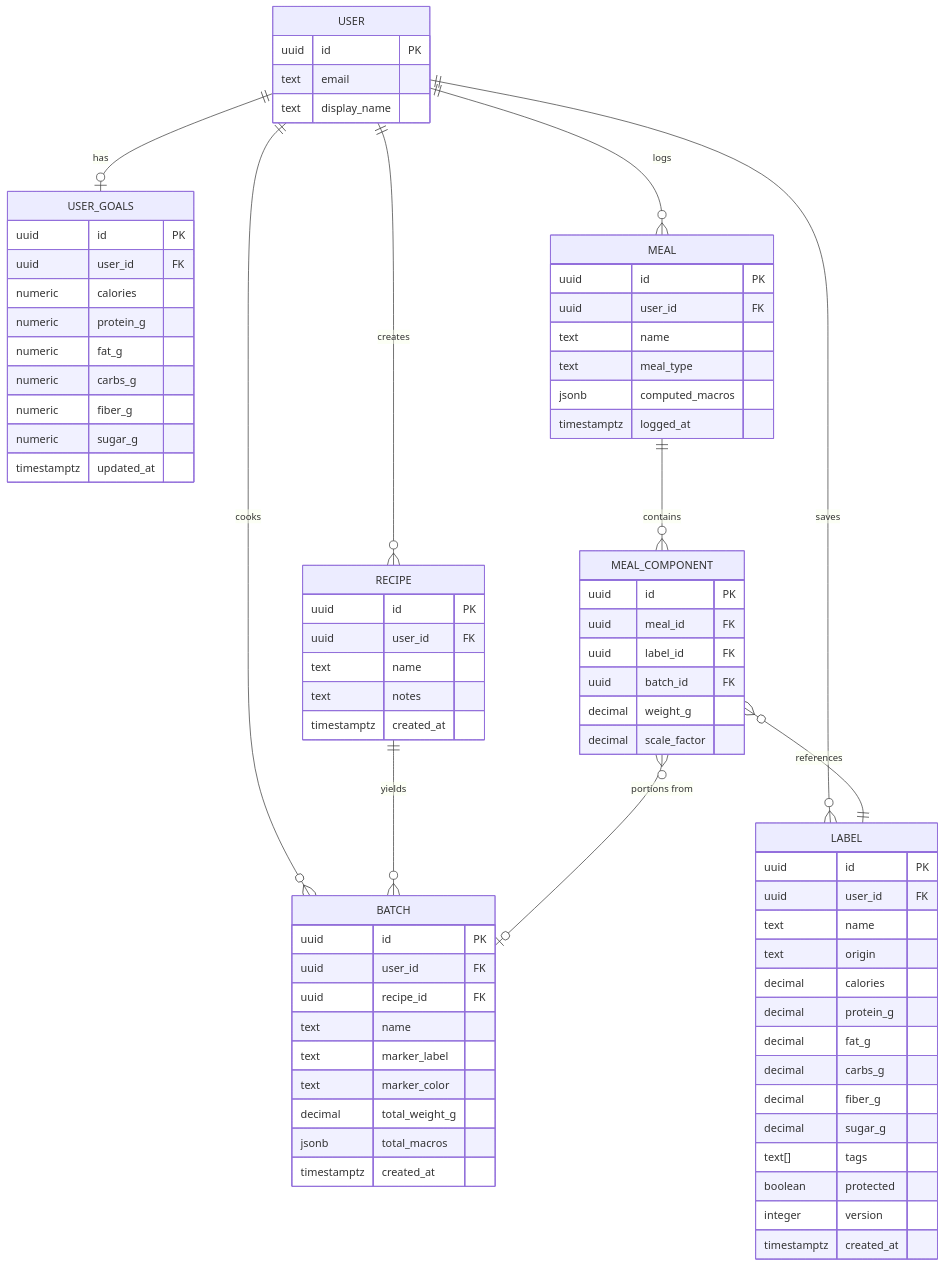
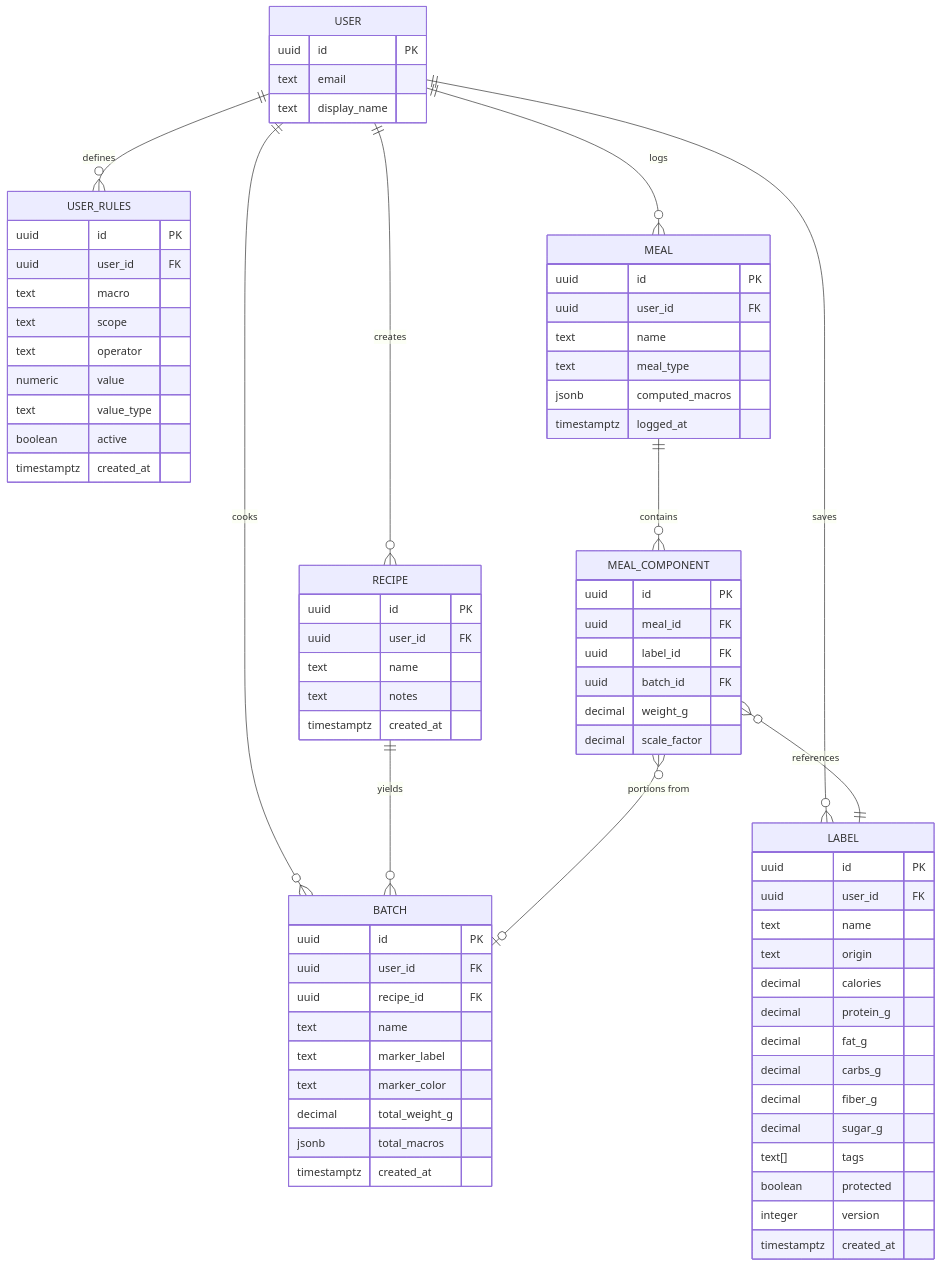
One commit to rickcedwhat/julia-learn changed the first of 5 diagrams in docs/architecture.md. Above: the diagram before and after it, drawn with Mermaid. The commit also changed other lines of this file, not shown here.

Commit message:
docs: replace user_goals with user_rules (sparse, operator, value_type)

````diff
--- a/docs/architecture.md
+++ b/docs/architecture.md
@@ -7,79 +7,79 @@
 ```mermaid
 erDiagram
     USER {
         uuid id PK
         text email
         text display_name
     }
-    USER_GOALS {
+    USER_RULES {
         uuid id PK
         uuid user_id FK
-        numeric calories
-        numeric protein_g
-        numeric fat_g
-        numeric carbs_g
-        numeric fiber_g
-        numeric sugar_g
-        timestamptz updated_at
+        text macro
+        text scope
+        text operator
+        numeric value
+        text value_type
+        boolean active
+        timestamptz created_at
     }
     RECIPE {
         uuid id PK
         uuid user_id FK
         text name
         text notes
         timestamptz created_at
     }
     BATCH {
         uuid id PK
         uuid user_id FK
         uuid recipe_id FK
         text name
         text marker_label
         text marker_color
         decimal total_weight_g
         jsonb total_macros
         timestamptz created_at
     }
     LABEL {
         uuid id PK
         uuid user_id FK
         text name
         text origin
         decimal calories
         decimal protein_g
         decimal fat_g
         decimal carbs_g
         decimal fiber_g
         decimal sugar_g
         text[] tags
         boolean protected
         integer version
         timestamptz created_at
     }
     MEAL {
         uuid id PK
         uuid user_id FK
         text name
         text meal_type
         jsonb computed_macros
         timestamptz logged_at
     }
     MEAL_COMPONENT {
         uuid id PK
         uuid meal_id FK
         uuid label_id FK
         uuid batch_id FK
         decimal weight_g
         decimal scale_factor
     }
 
-    USER ||--o| USER_GOALS : "has"
+    USER ||--o{ USER_RULES : "defines"
     USER ||--o{ RECIPE : "creates"
     USER ||--o{ BATCH : "cooks"
     USER ||--o{ LABEL : "saves"
     USER ||--o{ MEAL : "logs"
     RECIPE ||--o{ BATCH : "yields"
     MEAL ||--o{ MEAL_COMPONENT : "contains"
     MEAL_COMPONENT }o--|| LABEL : "references"
     MEAL_COMPONENT }o--o| BATCH : "portions from"
 ```
````
